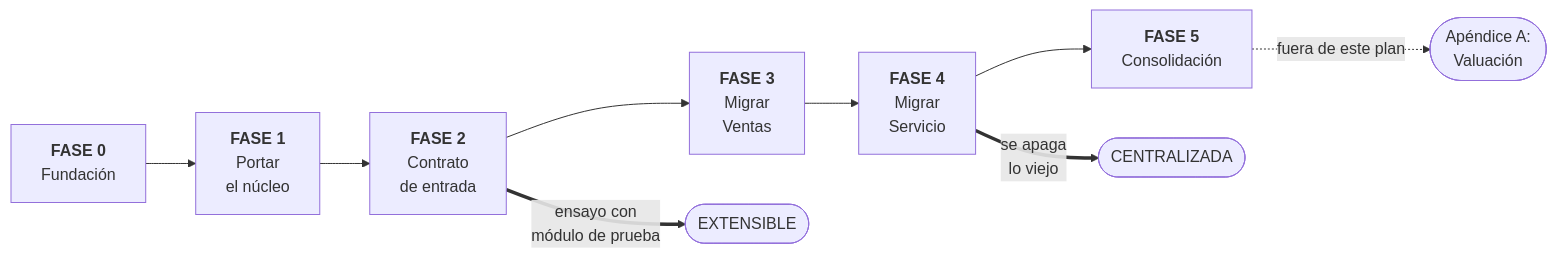
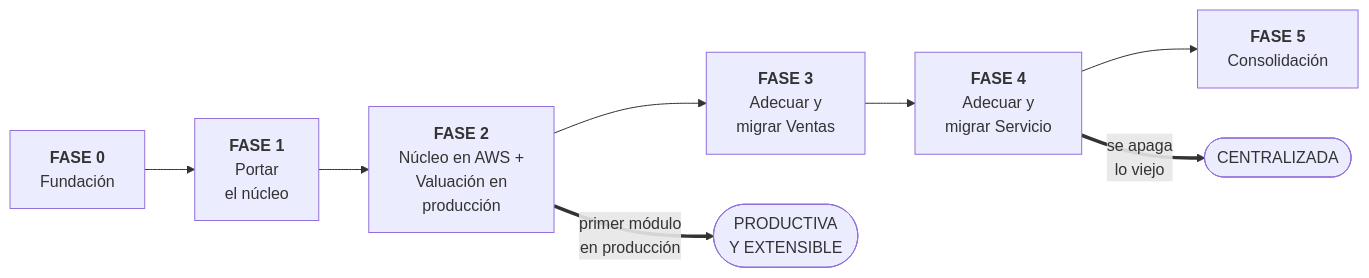
Before and after one commit to juanayalacr04/cleber-hub-conversaciones: the second of 4 diagrams in Arquitectura/PLAN_TRABAJO_CENTRALIZACION.md, drawn with Mermaid. The commit also changed other lines of this file and 2 other files, not shown here.

````diff
--- a/Arquitectura/PLAN_TRABAJO_CENTRALIZACION.md
+++ b/Arquitectura/PLAN_TRABAJO_CENTRALIZACION.md
@@ -244,14 +257,13 @@
 ```mermaid
 flowchart LR
     F0["<b>FASE 0</b><br/>Fundación"]
     F1["<b>FASE 1</b><br/>Portar<br/>el núcleo"]
-    F2["<b>FASE 2</b><br/>Contrato<br/>de entrada"]
-    F3["<b>FASE 3</b><br/>Migrar<br/>Ventas"]
-    F4["<b>FASE 4</b><br/>Migrar<br/>Servicio"]
+    F2["<b>FASE 2</b><br/>Núcleo en AWS +<br/>Valuación en<br/>producción"]
+    F3["<b>FASE 3</b><br/>Adecuar y<br/>migrar Ventas"]
+    F4["<b>FASE 4</b><br/>Adecuar y<br/>migrar Servicio"]
     F5["<b>FASE 5</b><br/>Consolidación"]
 
     F0 --> F1 --> F2 --> F3 --> F4 --> F5
-    F2 ==>|"ensayo con<br/>módulo de prueba"| P(["EXTENSIBLE"])
+    F2 ==>|"primer módulo<br/>en producción"| P(["PRODUCTIVA<br/>Y EXTENSIBLE"])
     F4 ==>|"se apaga<br/>lo viejo"| C(["CENTRALIZADA"])
-    F5 -.->|"fuera de este plan"| V(["Apéndice A:<br/>Valuación"])
 ```
````
